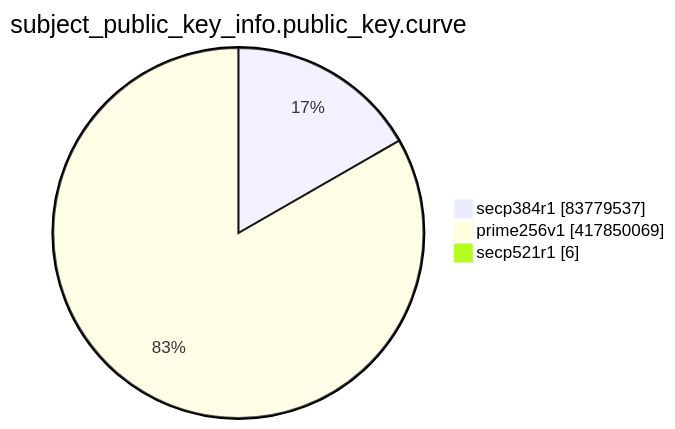
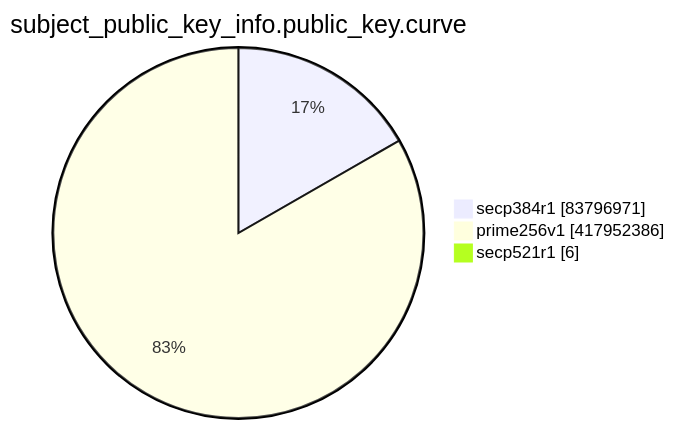
The eighth of 15 diagrams in TOTAL/README.md (christiankrug/ctmonitor_visualization), drawn with Mermaid before and after one commit. The commit also changed other lines of this file, not shown here.

````diff
--- a/TOTAL/README.md
+++ b/TOTAL/README.md
@@ -3098,7 +3098,7 @@
 ```mermaid
 pie showData
 title subject_public_key_info.public_key.curve
-"secp384r1" :83779537
-"prime256v1" :417850069
+"secp384r1" :83796971
+"prime256v1" :417952386
 "secp521r1" :6
 ```
````
